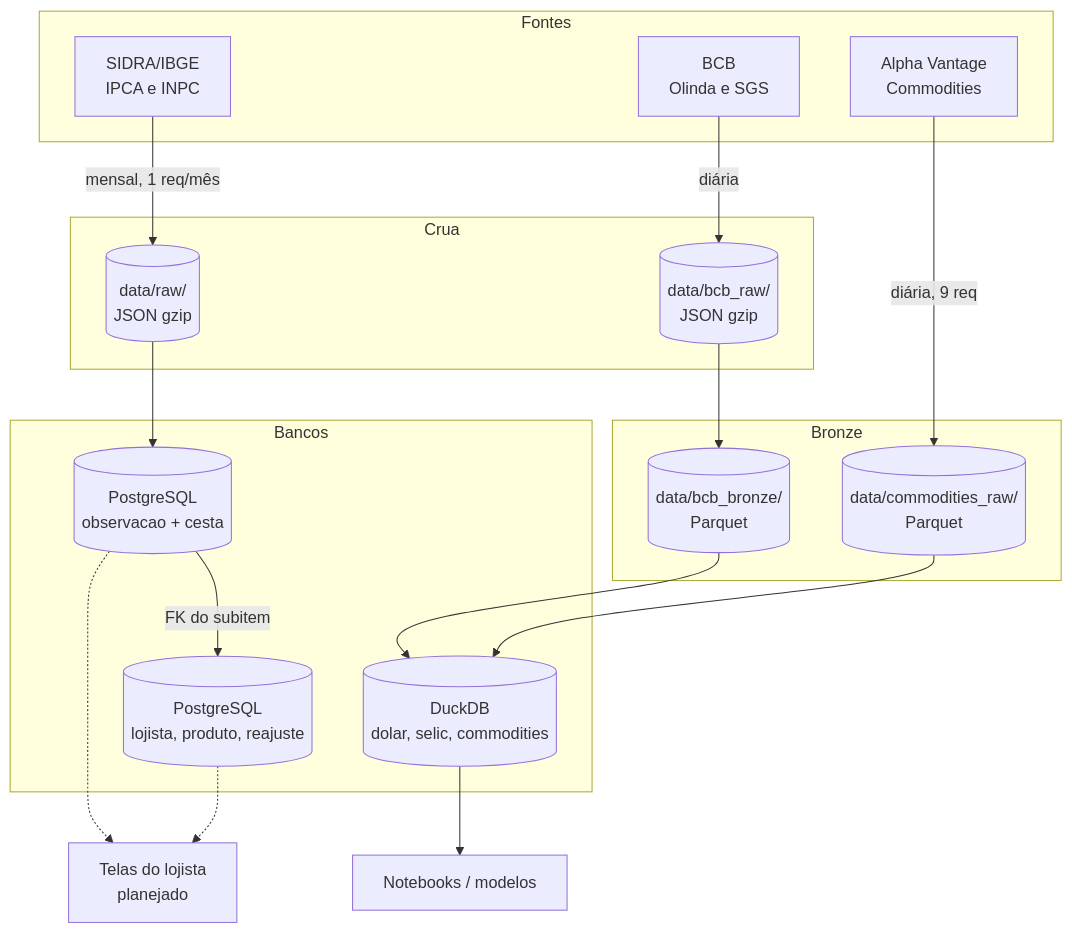
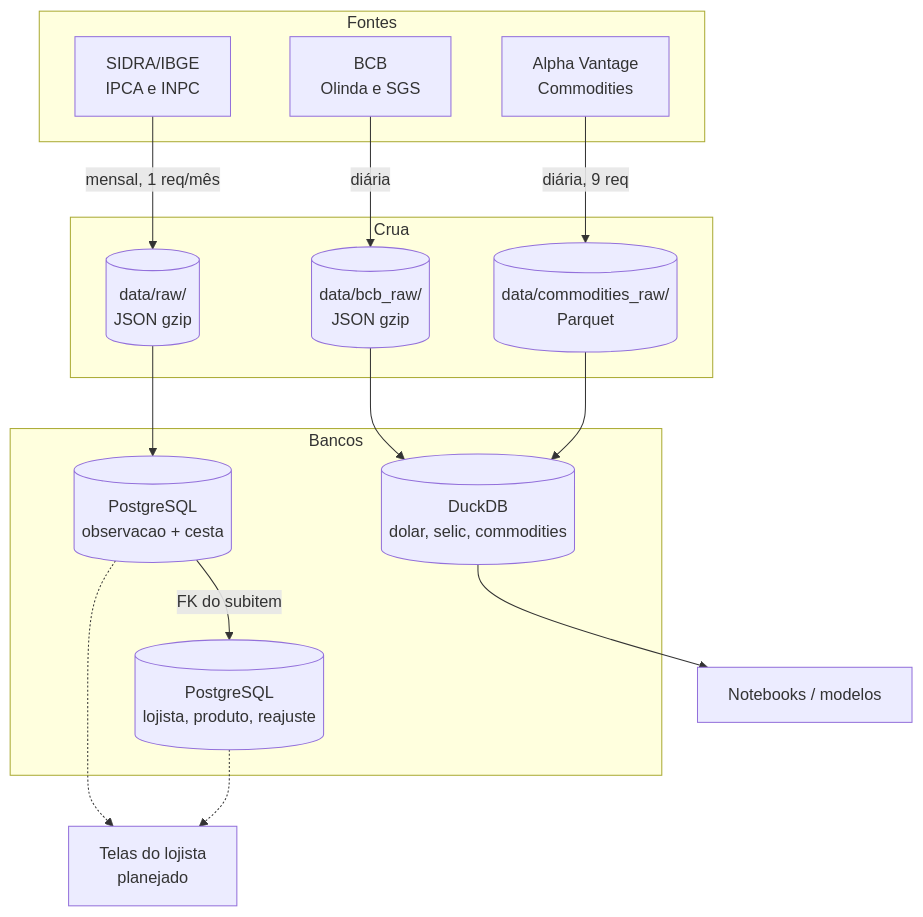
Before and after one commit to Bappoz/inflatrack: the diagram in docs/arquitetura/fluxoDados.md, drawn with Mermaid. The commit also changed 4 other files, not shown here.

````diff
--- a/docs/arquitetura/fluxoDados.md
+++ b/docs/arquitetura/fluxoDados.md
@@ -5,28 +5,25 @@
 ```mermaid
 flowchart TB
     subgraph Fontes
         S[SIDRA/IBGE<br/>IPCA e INPC]
         BCB[BCB<br/>Olinda e SGS]
         AV[Alpha Vantage<br/>Commodities]
     end
     subgraph Crua
         R1[(data/raw/<br/>JSON gzip)]
         R2[(data/bcb_raw/<br/>JSON gzip)]
-    end
-    subgraph Bronze
-        B1[(data/bcb_bronze/<br/>Parquet)]
-        B2[(data/commodities_raw/<br/>Parquet)]
+        R3[(data/commodities_raw/<br/>Parquet)]
     end
     subgraph Bancos
         PG[(PostgreSQL<br/>observacao + cesta)]
         TX[(PostgreSQL<br/>lojista, produto, reajuste)]
         DK[(DuckDB<br/>dolar, selic, commodities)]
     end
     S -->|mensal, 1 req/mês| R1 --> PG
-    BCB -->|diária| R2 --> B1 --> DK
-    AV -->|diária, 9 req| B2 --> DK
+    BCB -->|diária| R2 --> DK
+    AV -->|diária, 9 req| R3 --> DK
     PG -->|FK do subitem| TX
     PG -.-> V[Telas do lojista<br/>planejado]
     TX -.-> V
     DK --> ML[Notebooks / modelos]
 ```
````
